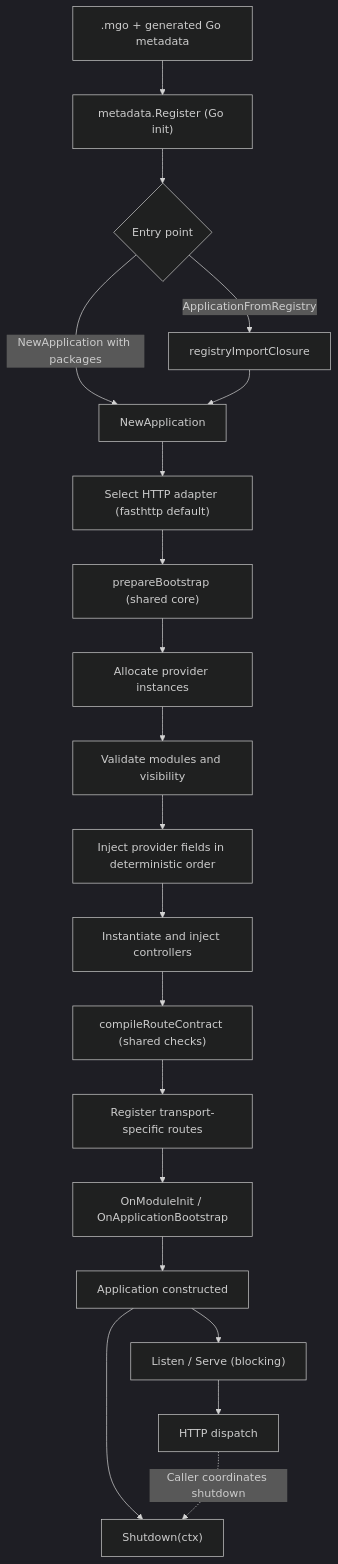
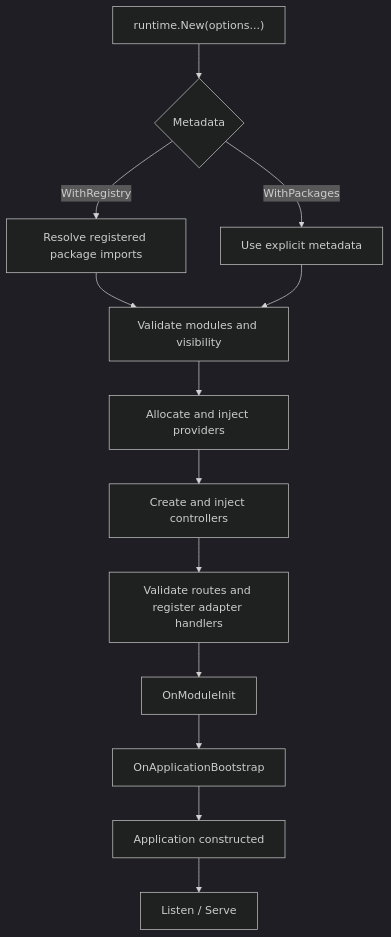
One commit to kevenmiano/nestgo changed the first of 3 diagrams in website/docs/fundamentals/lifecycle.md. Above: the diagram before and after it, drawn with Mermaid (dark theme). The commit also changed other lines of this file and 4 other files, not shown here.

````diff
--- a/website/docs/fundamentals/lifecycle.md
+++ b/website/docs/fundamentals/lifecycle.md
@@ -12,22 +25,15 @@
 ```mermaid
 flowchart TD
-  Source[".mgo + generated Go metadata"] --> Registry["metadata.Register (Go init)"]
-  Registry --> Entry{"Entry point"}
-  Entry -->|"ApplicationFromRegistry"| Imports["registryImportClosure"]
-  Entry -->|"NewApplication with packages"| App["NewApplication"]
-  Imports --> App
-  App --> Adapter["Select HTTP adapter (fasthttp default)"]
-  Adapter --> Core["prepareBootstrap (shared core)"]
-  Core --> Instances["Allocate provider instances"]
-  Instances --> Graph["Validate modules and visibility"]
-  Graph --> Inject["Inject provider fields in deterministic order"]
-  Inject --> Controllers["Instantiate and inject controllers"]
-  Controllers --> Contract["compileRouteContract (shared checks)"]
-  Contract --> Map["Register transport-specific routes"]
-  Map --> Hooks["OnModuleInit / OnApplicationBootstrap"]
-  Hooks --> Ready["Application constructed"]
-  Ready --> Listen["Listen / Serve (blocking)"]
-  Listen --> Requests["HTTP dispatch"]
-  Ready --> Shutdown["Shutdown(ctx)"]
-  Requests -. "Caller coordinates shutdown" .-> Shutdown
+  Entry["runtime.New(options...)"] --> Source{"Metadata"}
+  Source -->|"WithRegistry"| Registry["Resolve registered package imports"]
+  Source -->|"WithPackages"| Direct["Use explicit metadata"]
+  Registry --> Graph["Validate modules and visibility"]
+  Direct --> Graph
+  Graph --> Provider["Allocate and inject providers"]
+  Provider --> Controller["Create and inject controllers"]
+  Controller --> Route["Validate routes and register adapter handlers"]
+  Route --> Init["OnModuleInit"]
+  Init --> Ready["OnApplicationBootstrap"]
+  Ready --> App["Application constructed"]
+  App --> Serve["Listen / Serve"]
 ```
````
